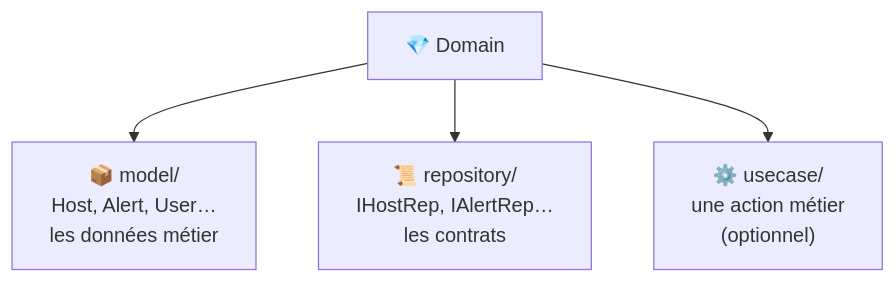
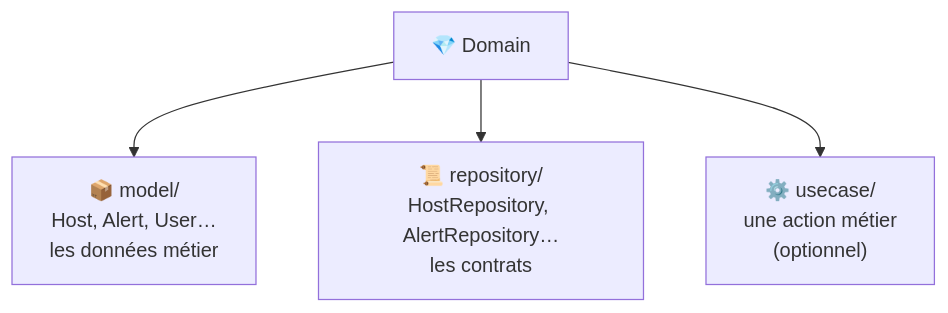
One commit to theopayet1/brain_bean changed the diagram in doc_kotlin/architecture/02 La couche Domain.md. Above: the diagram before and after it, drawn with Mermaid. The commit also changed other lines of this file and 24 other files, not shown here.

````diff
--- a/doc_kotlin/architecture/02 La couche Domain.md
+++ b/doc_kotlin/architecture/02 La couche Domain.md
@@ -27,6 +27,6 @@
 ```mermaid
 flowchart TD
     D["💎 Domain"] --> M["📦 model/<br/>Host, Alert, User…<br/>les données métier"]
-    D --> R["📜 repository/<br/>IHostRep, IAlertRep…<br/>les contrats"]
+    D --> R["📜 repository/<br/>HostRepository, AlertRepository…<br/>les contrats"]
     D --> U["⚙️ usecase/<br/>une action métier<br/>(optionnel)"]
 ```
````
